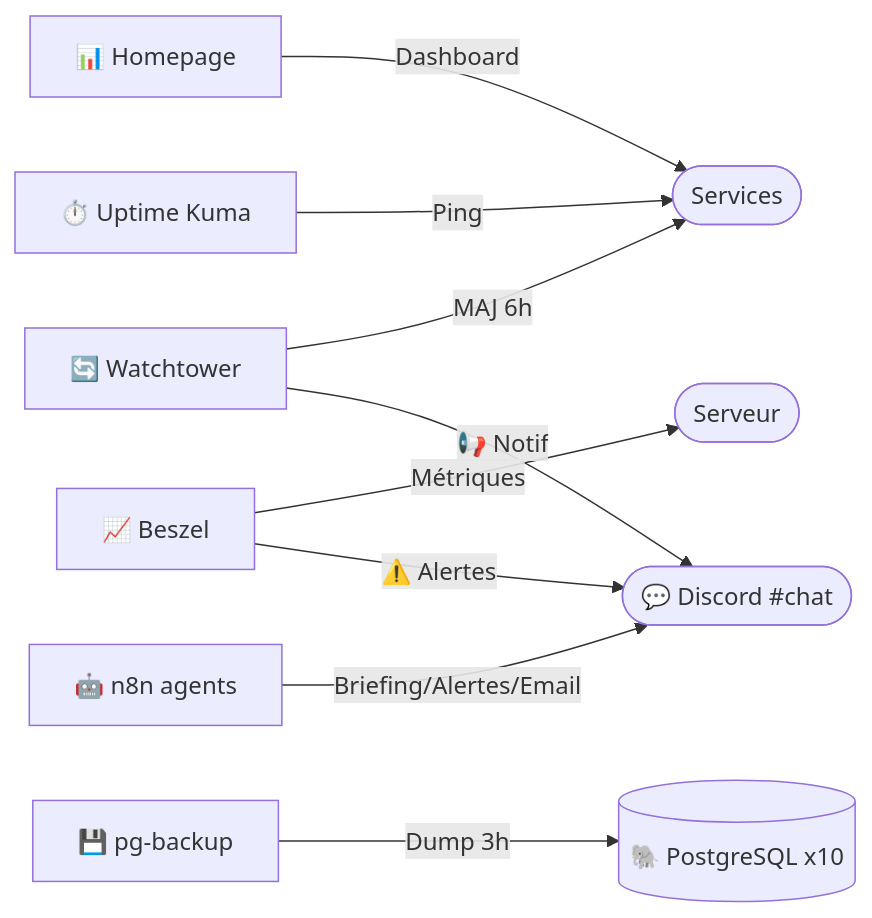
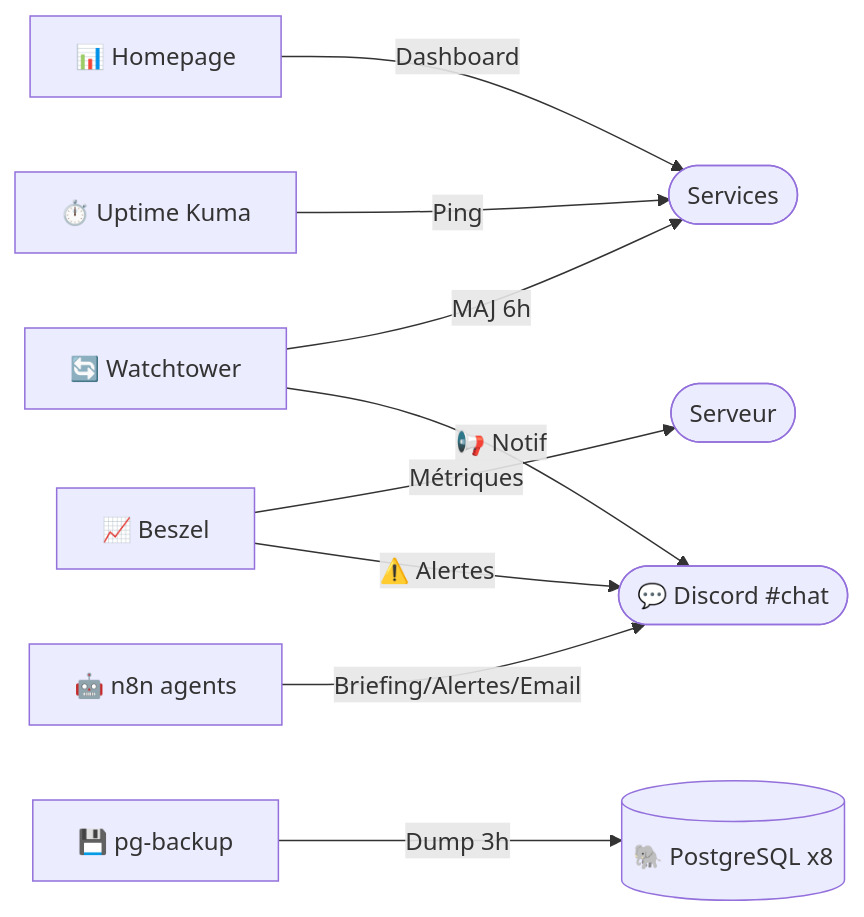
Before and after one commit to Wifsimster/docker-setup: the sixth of 7 diagrams in README.md, drawn with Mermaid. The commit also changed other lines of this file and 8 other files, not shown here.

````diff
--- a/README.md
+++ b/README.md
@@ -217,11 +218,11 @@
 ```mermaid
 graph LR
     Homepage[📊 Homepage] -->|Dashboard| S([Services])
     Beszel[📈 Beszel] -->|Métriques| Srv([Serveur])
     Beszel -->|⚠️ Alertes| Discord([💬 Discord #chat])
     Watchtower[🔄 Watchtower] -->|MAJ 6h| S
     Watchtower -->|📢 Notif| Discord
     UptimeKuma[⏱️ Uptime Kuma] -->|Ping| S
-    PgBackup[💾 pg-backup] -->|Dump 3h| DB[(🐘 PostgreSQL x10)]
+    PgBackup[💾 pg-backup] -->|Dump 3h| DB[(🐘 PostgreSQL x8)]
     n8n[🤖 n8n agents] -->|Briefing/Alertes/Email| Discord
 ```
````
